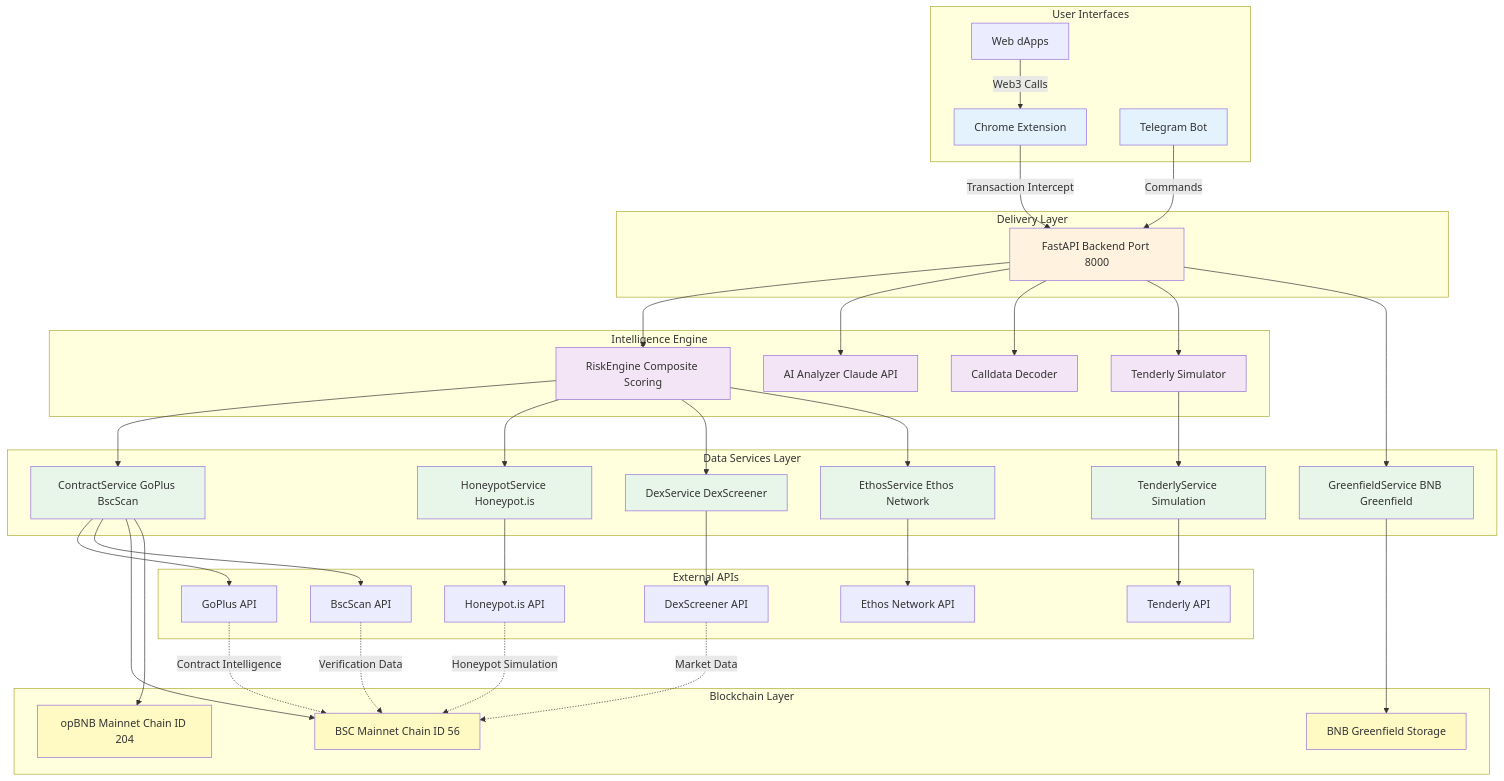
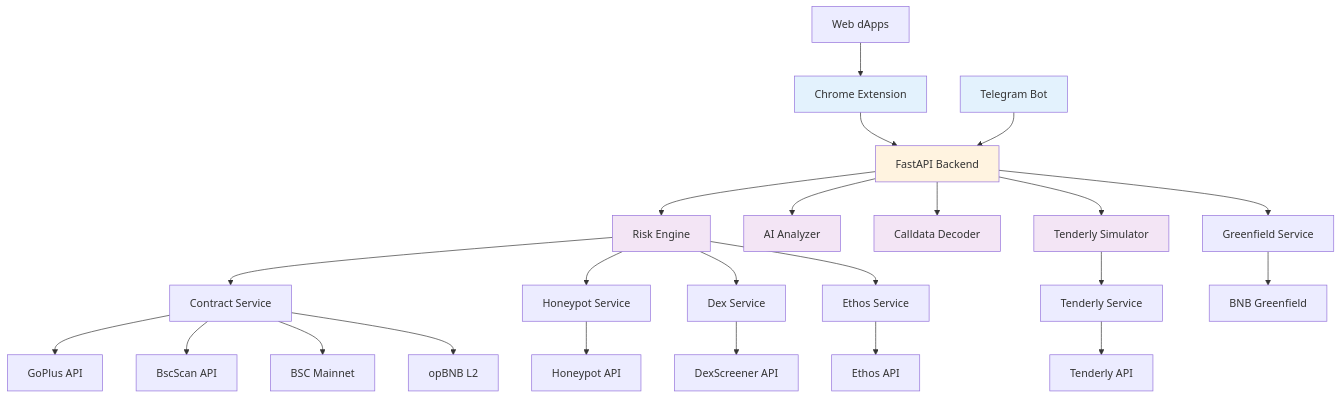
The first of 6 diagrams in docs/ARCHITECTURE_DIAGRAM.md (Ridwannurudeen/shieldbot), drawn with Mermaid before and after one commit. The commit also changed other lines of this file, not shown here.

Commit message:
Simplify Mermaid diagrams for GitHub compatibility

````diff
--- a/docs/ARCHITECTURE_DIAGRAM.md
+++ b/docs/ARCHITECTURE_DIAGRAM.md
@@ -5,77 +5,31 @@
 ```mermaid
-graph TB
-    subgraph "User Interfaces"
-        A[Chrome Extension]
-        B[Telegram Bot]
-        C[Web dApps]
-    end
+flowchart TB
+    A[Chrome Extension] --> D[FastAPI Backend]
+    B[Telegram Bot] --> D
+    C[Web dApps] --> A
 
-    subgraph "Delivery Layer"
-        D[FastAPI Backend Port 8000]
-    end
+    D --> E[Risk Engine]
+    D --> F[AI Analyzer]
+    D --> G[Calldata Decoder]
+    D --> H[Tenderly Simulator]
 
-    subgraph "Intelligence Engine"
-        E[RiskEngine Composite Scoring]
-        F[AI Analyzer Claude API]
-        G[Calldata Decoder]
-        H[Tenderly Simulator]
-    end
+    E --> I1[Contract Service]
+    E --> I2[Honeypot Service]
+    E --> I3[Dex Service]
+    E --> I4[Ethos Service]
+    H --> I5[Tenderly Service]
+    D --> I6[Greenfield Service]
 
-    subgraph "Data Services Layer"
-        I1[ContractService GoPlus BscScan]
-        I2[HoneypotService Honeypot.is]
-        I3[DexService DexScreener]
-        I4[EthosService Ethos Network]
-        I5[TenderlyService Simulation]
-        I6[GreenfieldService BNB Greenfield]
-    end
+    I1 --> K1[GoPlus API]
+    I1 --> K6[BscScan API]
+    I2 --> K2[Honeypot API]
+    I3 --> K3[DexScreener API]
+    I4 --> K4[Ethos API]
+    I5 --> K5[Tenderly API]
+    I6 --> J3[BNB Greenfield]
 
-    subgraph "Blockchain Layer"
-        J1[BSC Mainnet Chain ID 56]
-        J2[opBNB Mainnet Chain ID 204]
-        J3[BNB Greenfield Storage]
-    end
-
-    subgraph "External APIs"
-        K1[GoPlus API]
-        K2[Honeypot.is API]
-        K3[DexScreener API]
-        K4[Ethos Network API]
-        K5[Tenderly API]
-        K6[BscScan API]
-    end
-
-    A -->|Transaction Intercept| D
-    B -->|Commands| D
-    C -->|Web3 Calls| A
-
-    D --> E
-    D --> F
-    D --> G
-    D --> H
-
-    E --> I1
-    E --> I2
-    E --> I3
-    E --> I4
-    H --> I5
-    D --> I6
-
-    I1 --> K1
-    I1 --> K6
-    I2 --> K2
-    I3 --> K3
-    I4 --> K4
-    I5 --> K5
-    I6 --> J3
-
-    I1 --> J1
-    I1 --> J2
-
-    K1 -.->|Contract Intelligence| J1
-    K2 -.->|Honeypot Simulation| J1
-    K3 -.->|Market Data| J1
-    K6 -.->|Verification Data| J1
+    I1 --> J1[BSC Mainnet]
+    I1 --> J2[opBNB L2]
 
     style A fill:#e3f2fd
     style B fill:#e3f2fd
@@ -84,13 +38,4 @@
     style F fill:#f3e5f5
     style G fill:#f3e5f5
     style H fill:#f3e5f5
-    style I1 fill:#e8f5e9
-    style I2 fill:#e8f5e9
-    style I3 fill:#e8f5e9
-    style I4 fill:#e8f5e9
-    style I5 fill:#e8f5e9
-    style I6 fill:#e8f5e9
-    style J1 fill:#fff9c4
-    style J2 fill:#fff9c4
-    style J3 fill:#fff9c4
 ```
````
